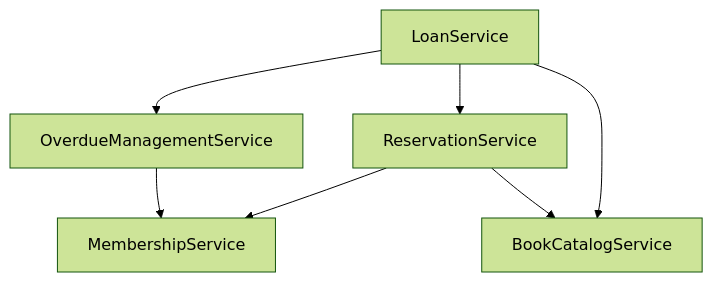
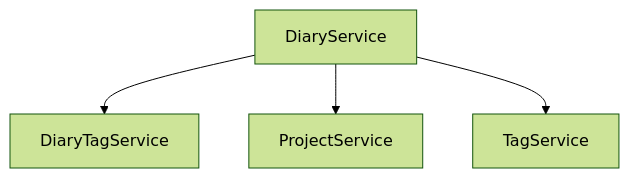
The fourth of 4 diagrams in 도메인설계서.md (WorkSpaceForHanmg/MiniProject2), drawn with Mermaid (forest theme) before and after one commit. The commit also changed other lines of this file, not shown here.

````diff
--- a/도메인설계서.md
+++ b/도메인설계서.md
@@ -248,9 +234,6 @@
 ```mermaid
 graph TD
-    A[LoanService] --> B[ReservationService]
-    A --> C[OverdueManagementService]
-    B --> D[MembershipService]
-    C --> D
-    A --> E[BookCatalogService]
-    B --> E
+    A[DiaryService] --> B[DiaryTagService]
+    A --> C[ProjectService]
+    A --> D[TagService]
 ```
````
